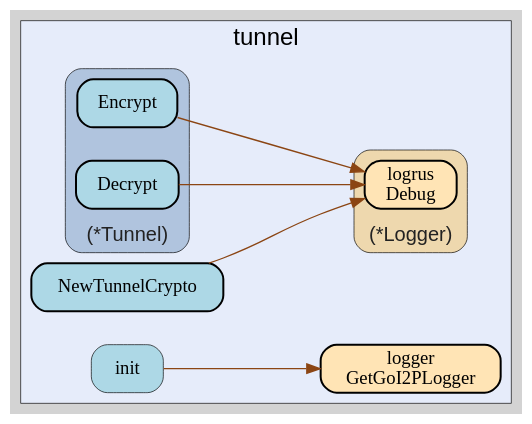
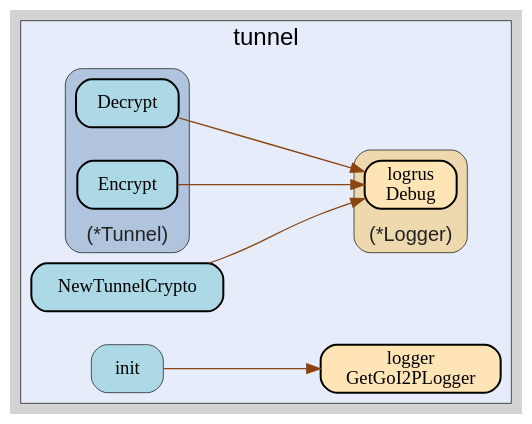
The diagram in tunnel/tunnel.gv (go-i2p/crypto), drawn with Graphviz before and after one commit. The commit also changed 26 other files, not shown here.

```diff
--- a/tunnel/tunnel.gv
+++ b/tunnel/tunnel.gv
@@ -1,62 +1,62 @@
 digraph gocallvis {
     label="";
     labeljust="l";
     fontname="Arial";
     fontsize="14";
     rankdir="LR";
     bgcolor="lightgray";
     style="solid";
     penwidth="0.5";
     pad="0.0";
     nodesep="0.35";
 
     node [shape="box" style="filled,rounded" fillcolor="honeydew" fontname="Verdana" penwidth="1.0" margin="0.16,0.0"];
     edge [minlen="2"]
 
     subgraph "cluster_focus" {
-        label="tunnel";
-labelloc="t";
+        labelloc="t";
 labeljust="c";
 fontsize="18";
 bgcolor="#e6ecfa";
+label="tunnel";
         
-        "github.com/go-i2p/crypto/tunnel.NewTunnelCrypto" [ tooltip="github.com/go-i2p/crypto/tunnel.NewTunnelCrypto | defined in tunnel_struct.go:33\nat tunnel_struct.go:34: calling [(*github.com/sirupsen/logrus.Logger).Debug]\nat tunnel_struct.go:51: calling [(*github.com/sirupsen/logrus.Logger).Debug]" fillcolor="lightblue" label="NewTunnelCrypto" penwidth="1.5" ]
-        "github.com/go-i2p/crypto/tunnel.init" [ penwidth="0.5" tooltip="github.com/go-i2p/crypto/tunnel.init | defined in .:0\nat constants.go:10: calling [github.com/go-i2p/logger.GetGoI2PLogger]" fillcolor="lightblue" label="init" ]
-        "github.com/go-i2p/logger.GetGoI2PLogger" [ tooltip="github.com/go-i2p/logger.GetGoI2PLogger | defined in log.go:120" fillcolor="moccasin" label="logger\nGetGoI2PLogger" penwidth="1.5" ]
+        "github.com/go-i2p/crypto/tunnel.NewTunnelCrypto" [ fillcolor="lightblue" label="NewTunnelCrypto" penwidth="1.5" tooltip="github.com/go-i2p/crypto/tunnel.NewTunnelCrypto | defined in tunnel_struct.go:33\nat tunnel_struct.go:34: calling [(*github.com/sirupsen/logrus.Logger).Debug]\nat tunnel_struct.go:51: calling [(*github.com/sirupsen/logrus.Logger).Debug]" ]
+        "github.com/go-i2p/crypto/tunnel.init" [ label="init" penwidth="0.5" tooltip="github.com/go-i2p/crypto/tunnel.init | defined in .:0\nat constants.go:10: calling [github.com/go-i2p/logger.GetGoI2PLogger]" fillcolor="lightblue" ]
+        "github.com/go-i2p/logger.GetGoI2PLogger" [ fillcolor="moccasin" label="logger\nGetGoI2PLogger" penwidth="1.5" tooltip="github.com/go-i2p/logger.GetGoI2PLogger | defined in log.go:120" ]
         
         subgraph "cluster_*github.com/go-i2p/crypto/tunnel.Tunnel" {
-        penwidth="0.5";
+        tooltip="type: *github.com/go-i2p/crypto/tunnel.Tunnel";
+penwidth="0.5";
+fontcolor="#222222";
 fillcolor="lightsteelblue";
+label="(*Tunnel)";
+fontsize="15";
+labelloc="b";
+style="rounded,filled";
+        
+        "(*github.com/go-i2p/crypto/tunnel.Tunnel).Encrypt" [ fillcolor="lightblue" label="Encrypt" penwidth="1.5" tooltip="(*github.com/go-i2p/crypto/tunnel.Tunnel).Encrypt | defined in tunnel_struct.go:63\nat tunnel_struct.go:64: calling [(*github.com/sirupsen/logrus.Logger).Debug]\nat tunnel_struct.go:76: calling [(*github.com/sirupsen/logrus.Logger).Debug]" ]
+        "(*github.com/go-i2p/crypto/tunnel.Tunnel).Decrypt" [ fillcolor="lightblue" label="Decrypt" penwidth="1.5" tooltip="(*github.com/go-i2p/crypto/tunnel.Tunnel).Decrypt | defined in tunnel_struct.go:86\nat tunnel_struct.go:87: calling [(*github.com/sirupsen/logrus.Logger).Debug]\nat tunnel_struct.go:99: calling [(*github.com/sirupsen/logrus.Logger).Debug]" ]
+        
+    }
+
+        subgraph "cluster_*github.com/sirupsen/logrus.Logger" {
+        tooltip="type: *github.com/sirupsen/logrus.Logger";
+penwidth="0.5";
 fontsize="15";
 fontcolor="#222222";
 labelloc="b";
 style="rounded,filled";
-label="(*Tunnel)";
-tooltip="type: *github.com/go-i2p/crypto/tunnel.Tunnel";
-        
-        "(*github.com/go-i2p/crypto/tunnel.Tunnel).Decrypt" [ tooltip="(*github.com/go-i2p/crypto/tunnel.Tunnel).Decrypt | defined in tunnel_struct.go:86\nat tunnel_struct.go:87: calling [(*github.com/sirupsen/logrus.Logger).Debug]\nat tunnel_struct.go:99: calling [(*github.com/sirupsen/logrus.Logger).Debug]" fillcolor="lightblue" label="Decrypt" penwidth="1.5" ]
-        "(*github.com/go-i2p/crypto/tunnel.Tunnel).Encrypt" [ fillcolor="lightblue" label="Encrypt" penwidth="1.5" tooltip="(*github.com/go-i2p/crypto/tunnel.Tunnel).Encrypt | defined in tunnel_struct.go:63\nat tunnel_struct.go:64: calling [(*github.com/sirupsen/logrus.Logger).Debug]\nat tunnel_struct.go:76: calling [(*github.com/sirupsen/logrus.Logger).Debug]" ]
-        
-    }
-
-        subgraph "cluster_*github.com/sirupsen/logrus.Logger" {
-        fontcolor="#222222";
-labelloc="b";
-style="rounded,filled";
 fillcolor="wheat2";
 label="(*Logger)";
-tooltip="type: *github.com/sirupsen/logrus.Logger";
-penwidth="0.5";
-fontsize="15";
         
-        "(*github.com/sirupsen/logrus.Logger).Debug" [ penwidth="1.5" tooltip="(*github.com/sirupsen/logrus.Logger).Debug | defined in logger.go:221" fillcolor="moccasin" label="logrus\nDebug" ]
+        "(*github.com/sirupsen/logrus.Logger).Debug" [ fillcolor="moccasin" label="logrus\nDebug" penwidth="1.5" tooltip="(*github.com/sirupsen/logrus.Logger).Debug | defined in logger.go:221" ]
         
     }
 
     }
 
+    "(*github.com/go-i2p/crypto/tunnel.Tunnel).Encrypt" -> "(*github.com/sirupsen/logrus.Logger).Debug" [ color="saddlebrown" tooltip="at tunnel_struct.go:64: calling [(*github.com/sirupsen/logrus.Logger).Debug]\nat tunnel_struct.go:76: calling [(*github.com/sirupsen/logrus.Logger).Debug]" ]
+    "(*github.com/go-i2p/crypto/tunnel.Tunnel).Decrypt" -> "(*github.com/sirupsen/logrus.Logger).Debug" [ color="saddlebrown" tooltip="at tunnel_struct.go:87: calling [(*github.com/sirupsen/logrus.Logger).Debug]\nat tunnel_struct.go:99: calling [(*github.com/sirupsen/logrus.Logger).Debug]" ]
+    "github.com/go-i2p/crypto/tunnel.NewTunnelCrypto" -> "(*github.com/sirupsen/logrus.Logger).Debug" [ color="saddlebrown" tooltip="at tunnel_struct.go:34: calling [(*github.com/sirupsen/logrus.Logger).Debug]\nat tunnel_struct.go:51: calling [(*github.com/sirupsen/logrus.Logger).Debug]" ]
     "github.com/go-i2p/crypto/tunnel.init" -> "github.com/go-i2p/logger.GetGoI2PLogger" [ color="saddlebrown" tooltip="at constants.go:10: calling [github.com/go-i2p/logger.GetGoI2PLogger]" ]
-    "github.com/go-i2p/crypto/tunnel.NewTunnelCrypto" -> "(*github.com/sirupsen/logrus.Logger).Debug" [ color="saddlebrown" tooltip="at tunnel_struct.go:34: calling [(*github.com/sirupsen/logrus.Logger).Debug]\nat tunnel_struct.go:51: calling [(*github.com/sirupsen/logrus.Logger).Debug]" ]
-    "(*github.com/go-i2p/crypto/tunnel.Tunnel).Decrypt" -> "(*github.com/sirupsen/logrus.Logger).Debug" [ color="saddlebrown" tooltip="at tunnel_struct.go:87: calling [(*github.com/sirupsen/logrus.Logger).Debug]\nat tunnel_struct.go:99: calling [(*github.com/sirupsen/logrus.Logger).Debug]" ]
-    "(*github.com/go-i2p/crypto/tunnel.Tunnel).Encrypt" -> "(*github.com/sirupsen/logrus.Logger).Debug" [ color="saddlebrown" tooltip="at tunnel_struct.go:64: calling [(*github.com/sirupsen/logrus.Logger).Debug]\nat tunnel_struct.go:76: calling [(*github.com/sirupsen/logrus.Logger).Debug]" ]
 }
```
